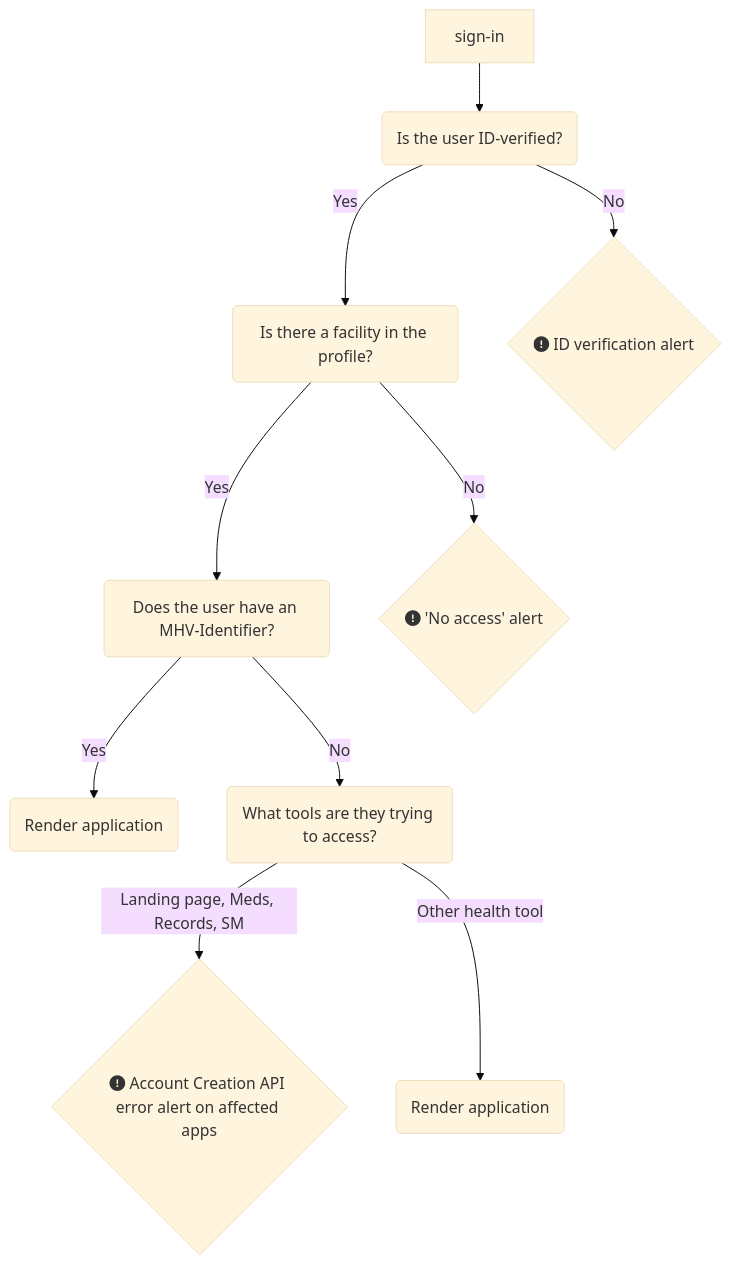
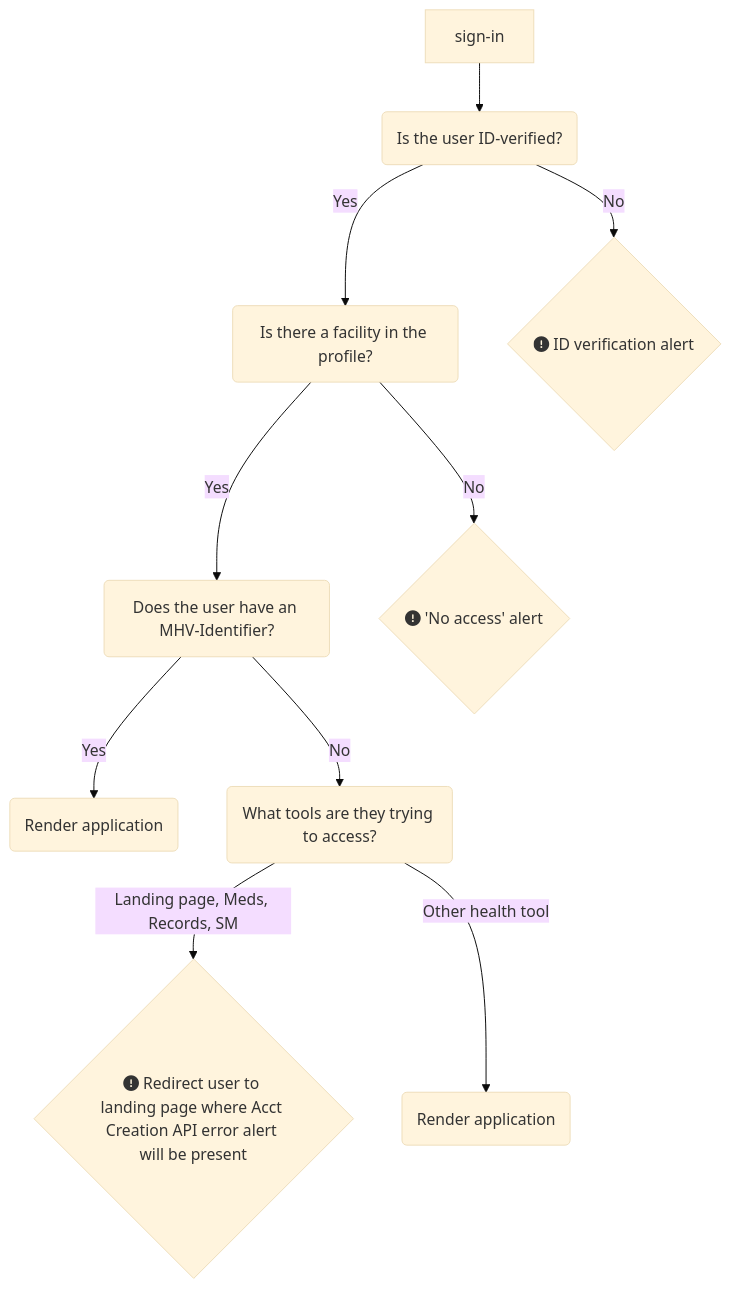
One commit to department-of-veterans-affairs/va.gov-team changed the diagram in products/health-care/digital-health-modernization/mhv-to-va.gov/governance/alert-standardization.md. Above: the diagram before and after it, drawn with Mermaid (base theme).

````diff
--- a/products/health-care/digital-health-modernization/mhv-to-va.gov/governance/alert-standardization.md
+++ b/products/health-care/digital-health-modernization/mhv-to-va.gov/governance/alert-standardization.md
@@ -12,12 +12,12 @@
 ```mermaid
 flowchart TD
     A[sign-in] --> B(Is the user ID-verified?)
     B --> |Yes| C(Is there a facility in the profile?)
     B --> |No| E{fa:fa-circle-exclamation ID verification alert}
     C -->|Yes| D(Does the user have an MHV-Identifier?)
     C -->|No| F{fa:fa-circle-exclamation 'No access' alert}
     D --> |Yes| G(Render application)
     D --> |No| H(What tools are they trying to access?)
-    H --> |Landing page, Meds, Records, SM| I{fa:fa-circle-exclamation Account Creation API error alert on affected apps}
+    H --> |Landing page, Meds, Records, SM| I{fa:fa-circle-exclamation Redirect user to landing page where Acct Creation API error alert will be present}
     H --> |Other health tool| J(Render application)
 ```
````
